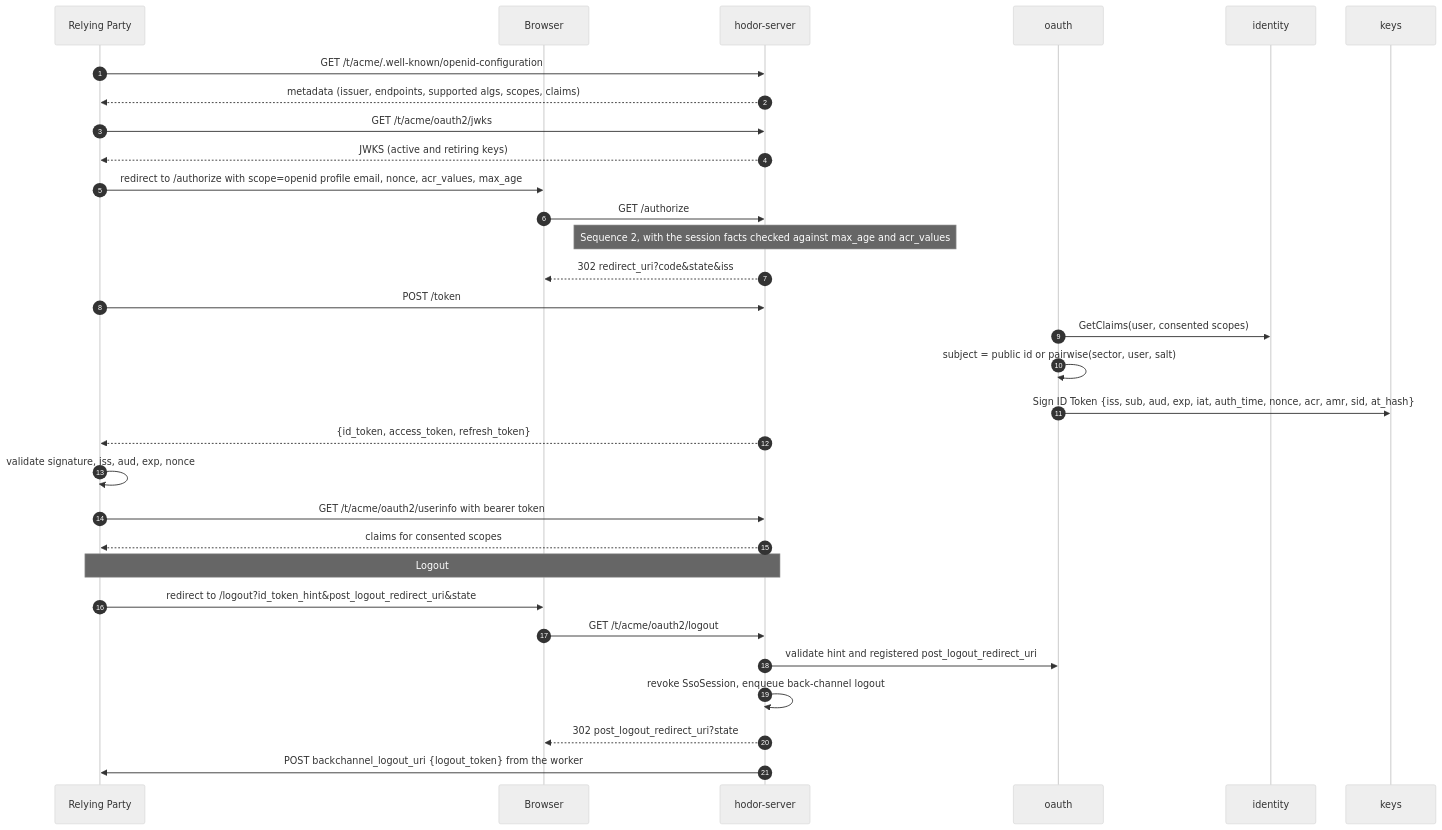
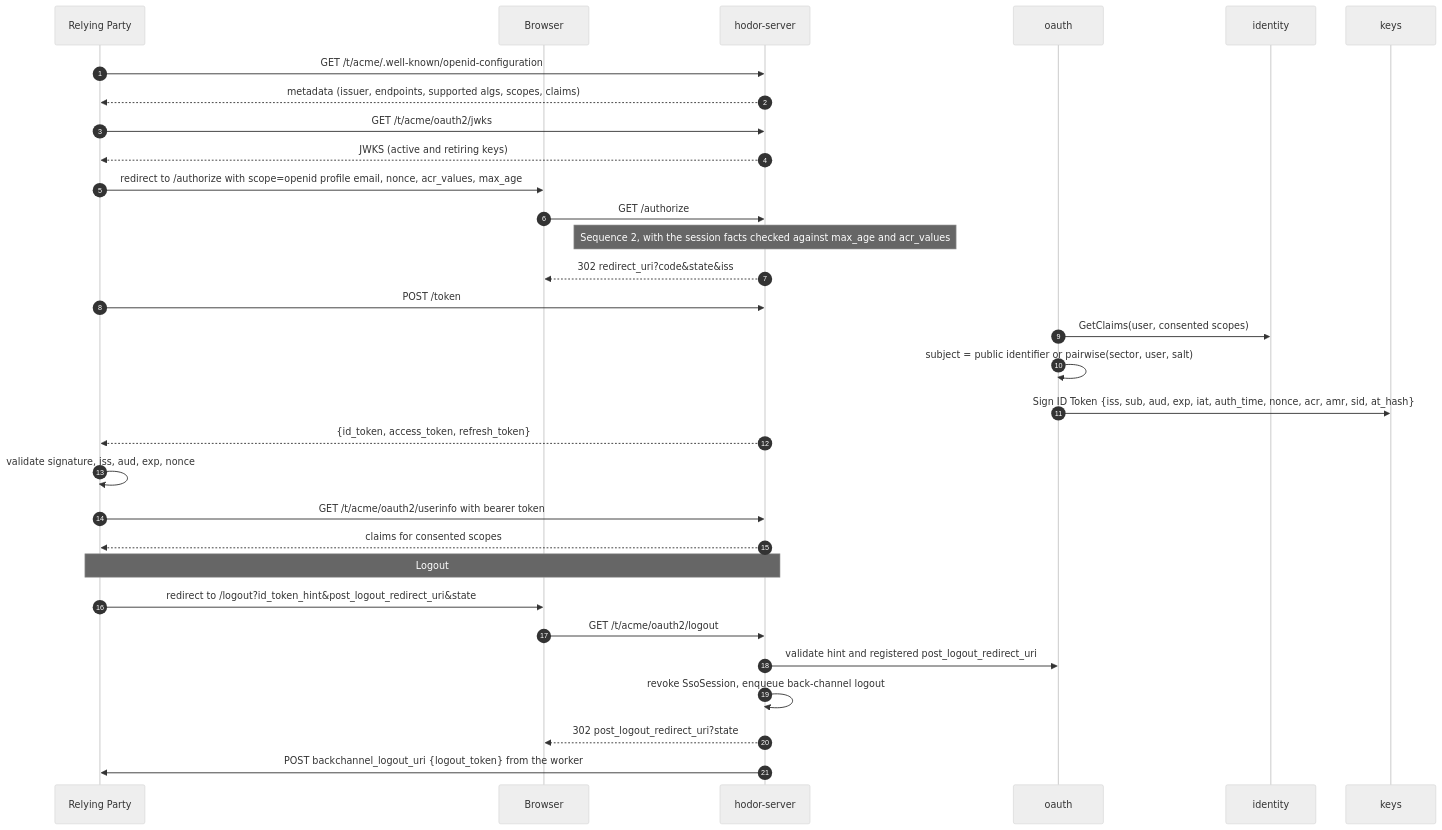
The third of 7 diagrams in docs/protocols/sequences.md (ortisun/hodor), drawn with Mermaid (neutral theme) before and after one commit. The commit also changed other lines of this file and 8 other files, not shown here.

First line of the commit message:
docs: name flowchart nodes with whole words

````diff
--- a/docs/protocols/sequences.md
+++ b/docs/protocols/sequences.md
@@ -100,34 +100,34 @@
 ```mermaid
 sequenceDiagram
     autonumber
     participant RelyingParty as Relying Party
     participant Browser as Browser
     participant Server as hodor-server
     participant OAuth as oauth
     participant Identity as identity
     participant Keys as keys
 
     RelyingParty->>Server: GET /t/acme/.well-known/openid-configuration
     Server-->>RelyingParty: metadata (issuer, endpoints, supported algs, scopes, claims)
     RelyingParty->>Server: GET /t/acme/oauth2/jwks
     Server-->>RelyingParty: JWKS (active and retiring keys)
     RelyingParty->>Browser: redirect to /authorize with scope=openid profile email, nonce, acr_values, max_age
     Browser->>Server: GET /authorize
     Note over Server: Sequence 2, with the session facts checked against max_age and acr_values
     Server-->>Browser: 302 redirect_uri?code&state&iss
     RelyingParty->>Server: POST /token
     OAuth->>Identity: GetClaims(user, consented scopes)
-    OAuth->>OAuth: subject = public id or pairwise(sector, user, salt)
+    OAuth->>OAuth: subject = public identifier or pairwise(sector, user, salt)
     OAuth->>Keys: Sign ID Token {iss, sub, aud, exp, iat, auth_time, nonce, acr, amr, sid, at_hash}
     Server-->>RelyingParty: {id_token, access_token, refresh_token}
     RelyingParty->>RelyingParty: validate signature, iss, aud, exp, nonce
     RelyingParty->>Server: GET /t/acme/oauth2/userinfo with bearer token
     Server-->>RelyingParty: claims for consented scopes
     Note over RelyingParty,Server: Logout
     RelyingParty->>Browser: redirect to /logout?id_token_hint&post_logout_redirect_uri&state
     Browser->>Server: GET /t/acme/oauth2/logout
     Server->>OAuth: validate hint and registered post_logout_redirect_uri
     Server->>Server: revoke SsoSession, enqueue back-channel logout
     Server-->>Browser: 302 post_logout_redirect_uri?state
     Server->>RelyingParty: POST backchannel_logout_uri {logout_token} from the worker
 ```
````
